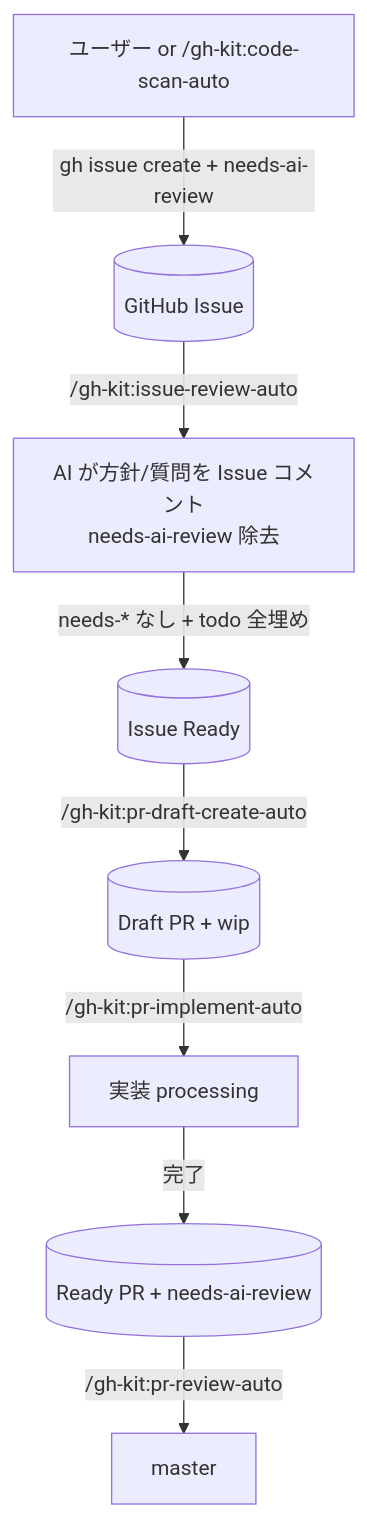
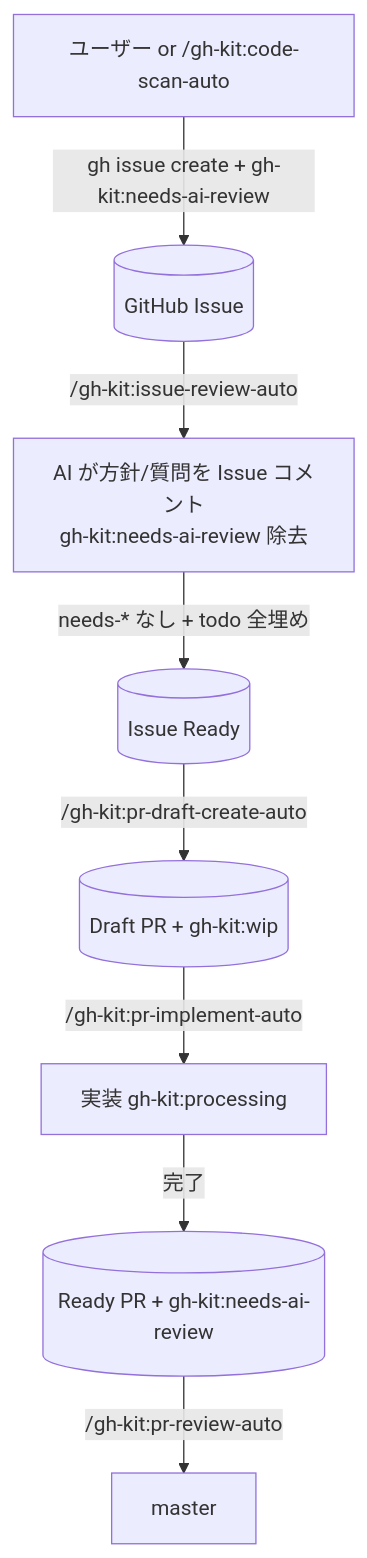
The diagram in plugins/gh-kit/CLAUDE.md (shuhei1101/my-plugins), drawn with Mermaid before and after one commit. The commit also changed other lines of this file and 17 other files, not shown here.

````diff
--- a/plugins/gh-kit/CLAUDE.md
+++ b/plugins/gh-kit/CLAUDE.md
@@ -9,10 +9,10 @@
 ```mermaid
 flowchart TD
-  U[ユーザー or /gh-kit:code-scan-auto] -->|gh issue create + needs-ai-review| Issue[(GitHub Issue)]
-  Issue -->|/gh-kit:issue-review-auto| Review[AI が方針/質問を Issue コメント<br>needs-ai-review 除去]
+  U[ユーザー or /gh-kit:code-scan-auto] -->|gh issue create + gh-kit:needs-ai-review| Issue[(GitHub Issue)]
+  Issue -->|/gh-kit:issue-review-auto| Review[AI が方針/質問を Issue コメント<br>gh-kit:needs-ai-review 除去]
   Review -->|needs-* なし + todo 全埋め| Ready[(Issue Ready)]
-  Ready -->|/gh-kit:pr-draft-create-auto| WIP[(Draft PR + wip)]
-  WIP -->|/gh-kit:pr-implement-auto| Implementing[実装 processing]
-  Implementing -->|完了| NAR[(Ready PR + needs-ai-review)]
+  Ready -->|/gh-kit:pr-draft-create-auto| WIP[(Draft PR + gh-kit:wip)]
+  WIP -->|/gh-kit:pr-implement-auto| Implementing[実装 gh-kit:processing]
+  Implementing -->|完了| NAR[(Ready PR + gh-kit:needs-ai-review)]
   NAR -->|/gh-kit:pr-review-auto| Merged[master]
 ```
````
